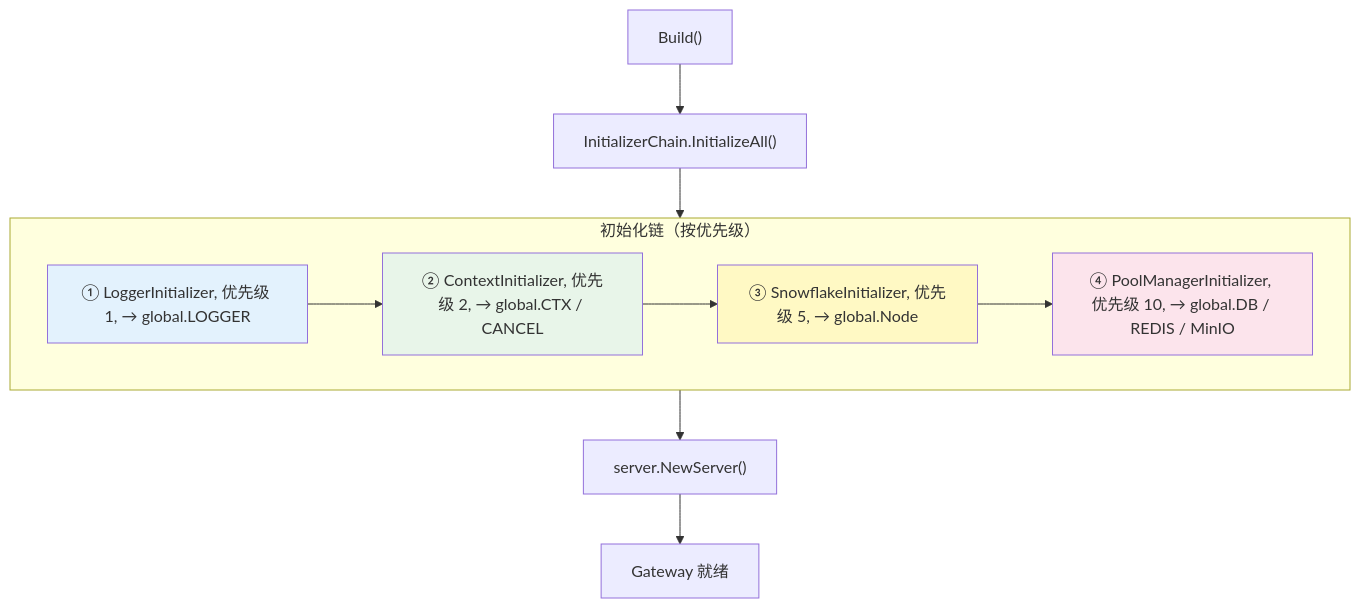
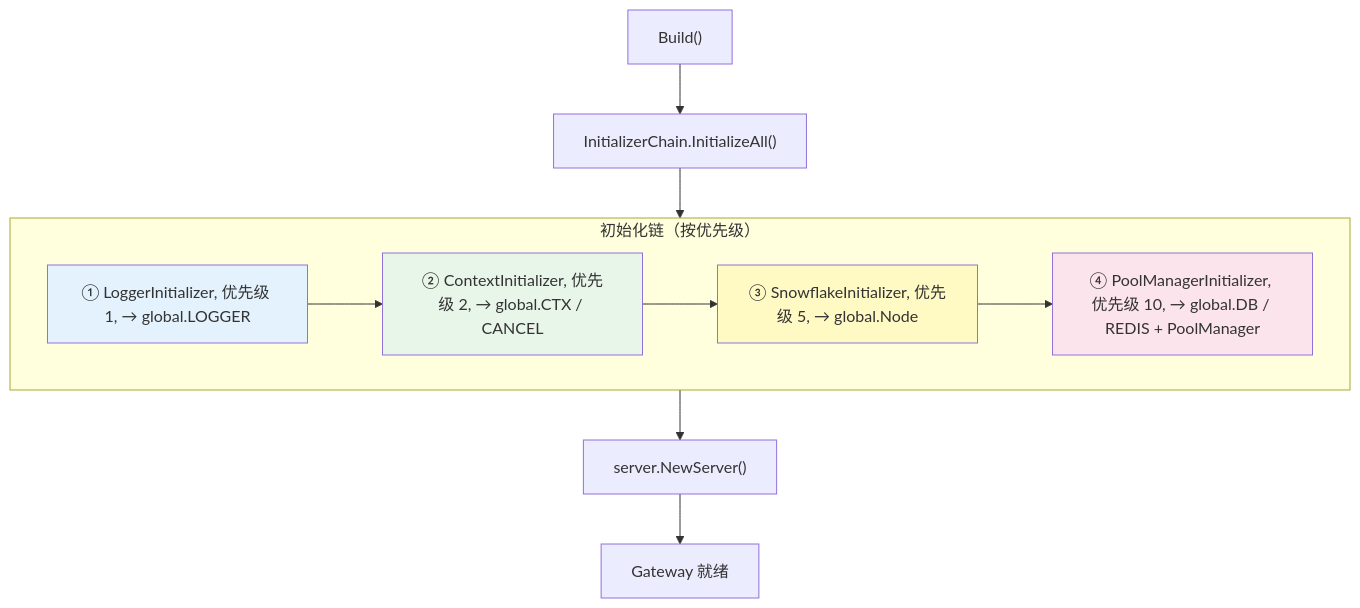
Before and after one commit to kamalyes/go-rpc-gateway: the second of 2 diagrams in docs/GATEWAY-BUILDER.md, drawn with Mermaid. The commit also changed other lines of this file and 32 other files, not shown here.

````diff
--- a/docs/GATEWAY-BUILDER.md
+++ b/docs/GATEWAY-BUILDER.md
@@ -118,21 +118,21 @@
 ```mermaid
 flowchart TD
     BUILD["Build()"] --> INIT["InitializerChain.InitializeAll()"]
 
     subgraph CHAIN["初始化链（按优先级）"]
         I1["① LoggerInitializer, 优先级 1, → global.LOGGER"]
         I2["② ContextInitializer, 优先级 2, → global.CTX / CANCEL"]
         I3["③ SnowflakeInitializer, 优先级 5, → global.Node"]
-        I4["④ PoolManagerInitializer, 优先级 10, → global.DB / REDIS / MinIO"]
+        I4["④ PoolManagerInitializer, 优先级 10, → global.DB / REDIS + PoolManager"]
         I1 --> I2 --> I3 --> I4
     end
 
     INIT --> CHAIN
     CHAIN --> SERVER["server.NewServer()"]
     SERVER --> READY["Gateway 就绪"]
 
     style I1 fill:#e3f2fd
     style I2 fill:#e8f5e9
     style I3 fill:#fff9c4
     style I4 fill:#fce4ec
 ```
````
